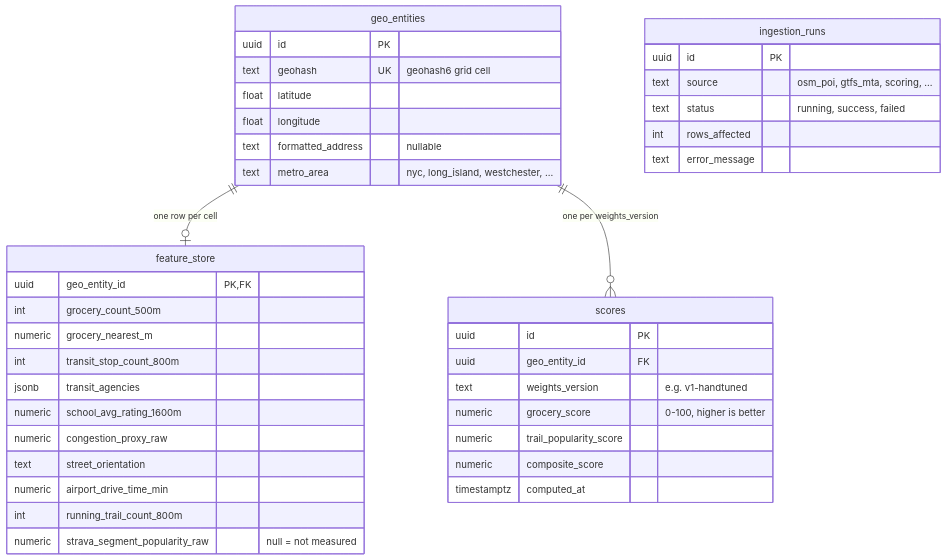
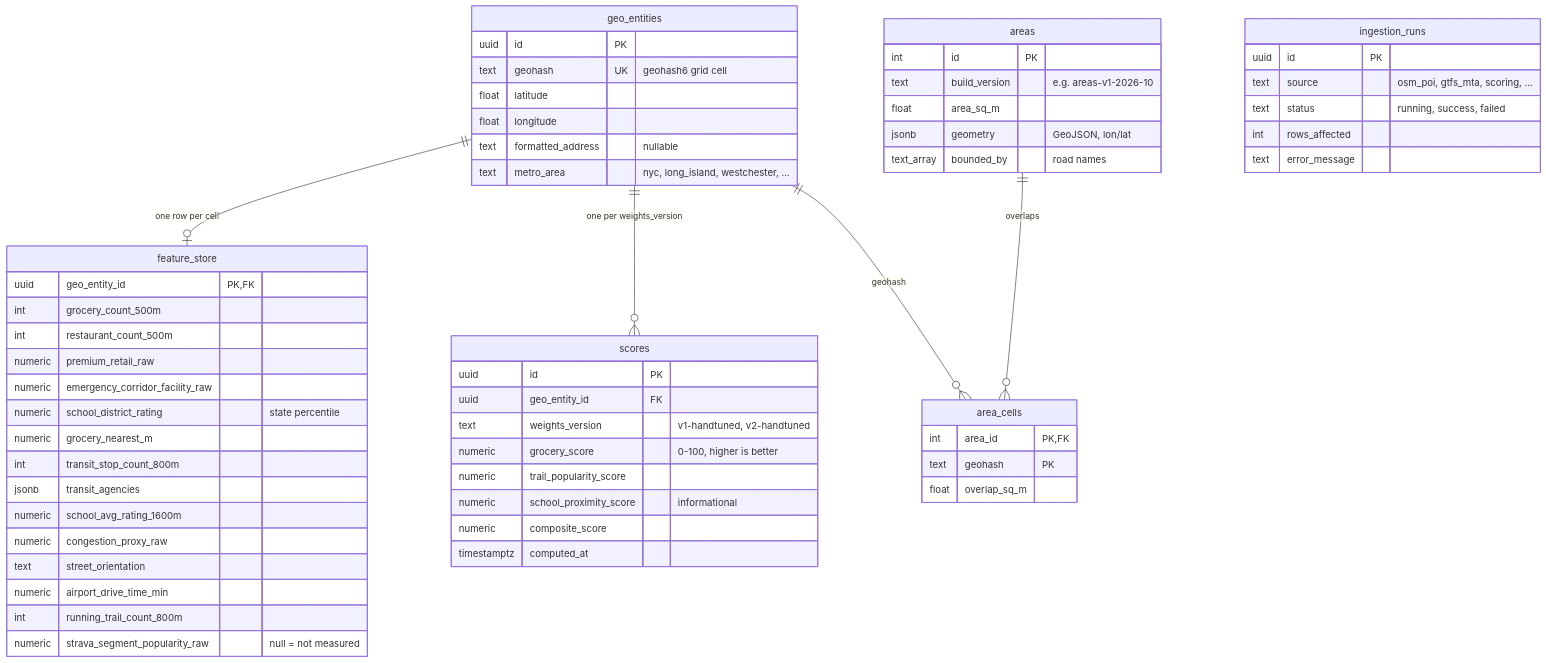
Before and after one commit to prajeshgpat/BenriSpace: the third of 4 diagrams in ARCHITECTURE.md, drawn with Mermaid. The commit also changed other lines of this file and 10 other files, not shown here.

````diff
--- a/ARCHITECTURE.md
+++ b/ARCHITECTURE.md
@@ -94,43 +142,62 @@
 ```mermaid
 erDiagram
   geo_entities ||--o| feature_store : "one row per cell"
   geo_entities ||--o{ scores : "one per weights_version"
+  areas ||--o{ area_cells : "overlaps"
+  geo_entities ||--o{ area_cells : "geohash"
 
   geo_entities {
     uuid id PK
     text geohash UK "geohash6 grid cell"
     float latitude
     float longitude
     text formatted_address "nullable"
     text metro_area "nyc, long_island, westchester, ..."
   }
   feature_store {
     uuid geo_entity_id PK, FK
     int grocery_count_500m
+    int restaurant_count_500m
+    numeric premium_retail_raw
+    numeric emergency_corridor_facility_raw
+    numeric school_district_rating "state percentile"
     numeric grocery_nearest_m
     int transit_stop_count_800m
     jsonb transit_agencies
     numeric school_avg_rating_1600m
     numeric congestion_proxy_raw
     text street_orientation
     numeric airport_drive_time_min
     int running_trail_count_800m
     numeric strava_segment_popularity_raw "null = not measured"
   }
   scores {
     uuid id PK
     uuid geo_entity_id FK
-    text weights_version "e.g. v1-handtuned"
+    text weights_version "v1-handtuned, v2-handtuned"
     numeric grocery_score "0-100, higher is better"
     numeric trail_popularity_score
+    numeric school_proximity_score "informational"
     numeric composite_score
     timestamptz computed_at
+  }
+  areas {
+    int id PK
+    text build_version "e.g. areas-v1-2026-10"
+    float area_sq_m
+    jsonb geometry "GeoJSON, lon/lat"
+    text_array bounded_by "road names"
+  }
+  area_cells {
+    int area_id PK, FK
+    text geohash PK
+    float overlap_sq_m
   }
   ingestion_runs {
     uuid id PK
     text source "osm_poi, gtfs_mta, scoring, ..."
     text status "running, success, failed"
     int rows_affected
     text error_message
   }
 ```
````
